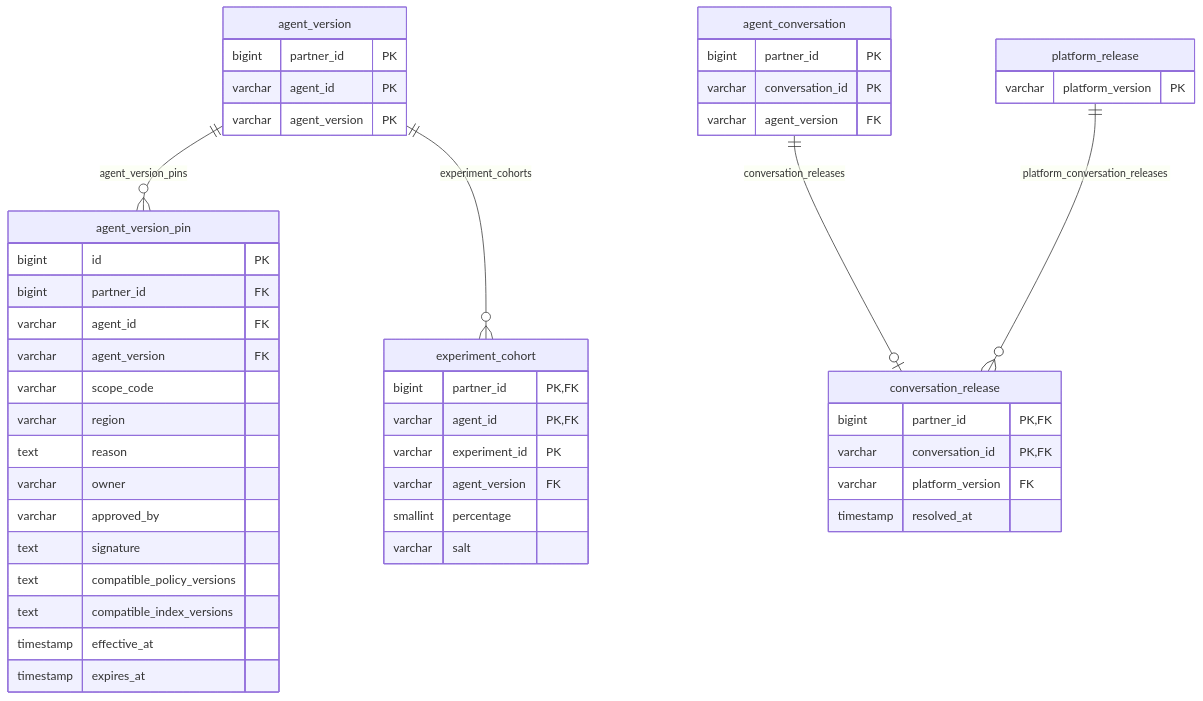
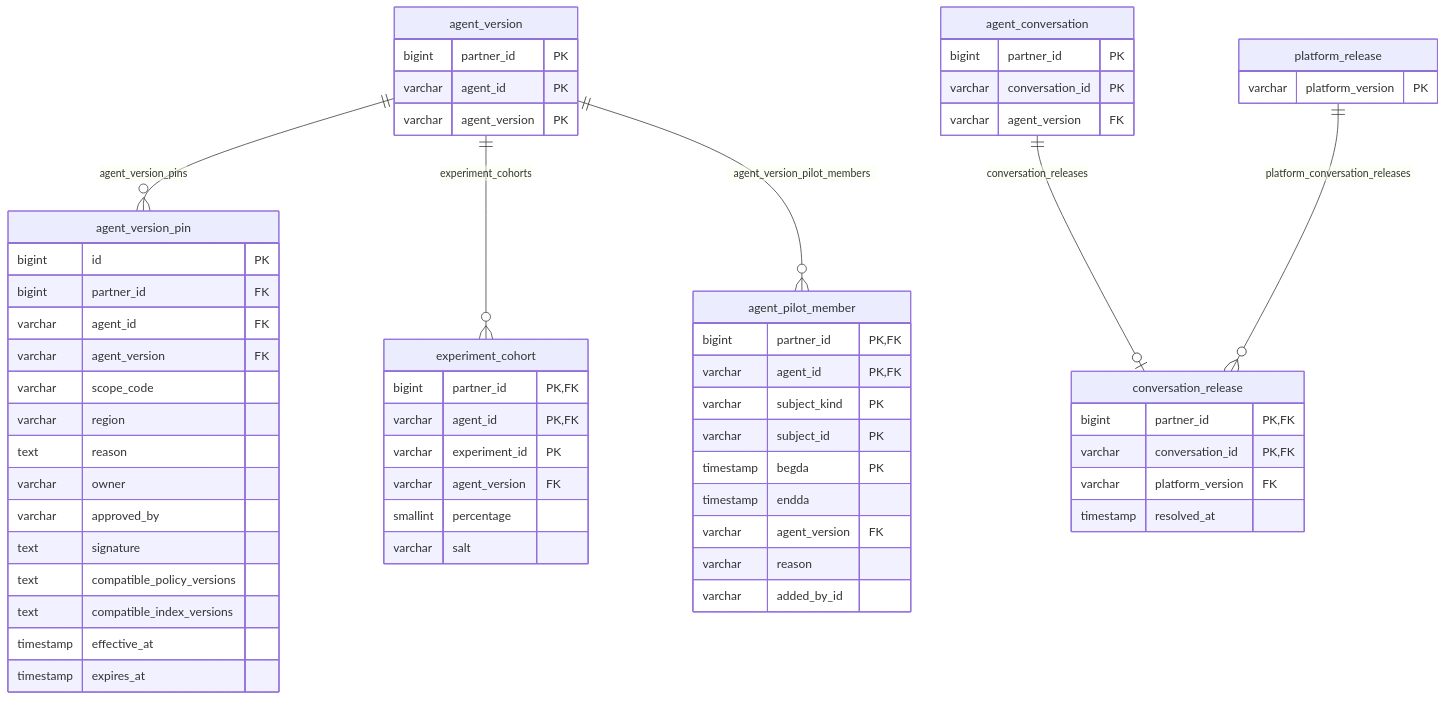
Before and after one commit to nauticana/scout: diagram 18 of 19 in doc/database.md, drawn with Mermaid. The commit also changed other lines of this file and 243 other files, not shown here.

````diff
--- a/doc/database.md
+++ b/doc/database.md
@@ -1583,51 +1750,63 @@
 ```mermaid
 erDiagram
     agent_version ||--o{ agent_version_pin : agent_version_pins
     agent_version ||--o{ experiment_cohort : experiment_cohorts
+    agent_version ||--o{ agent_pilot_member : agent_version_pilot_members
     agent_conversation ||--o| conversation_release : conversation_releases
     platform_release ||--o{ conversation_release : platform_conversation_releases
 
     agent_version {
         bigint partner_id PK
         varchar agent_id PK
         varchar agent_version PK
     }
     agent_conversation {
         bigint partner_id PK
         varchar conversation_id PK
         varchar agent_version FK
     }
     platform_release {
         varchar platform_version PK
     }
     agent_version_pin {
         bigint id PK
         bigint partner_id FK
         varchar agent_id FK
         varchar agent_version FK
         varchar scope_code
         varchar region
         text reason
         varchar owner
         varchar approved_by
         text signature
         text compatible_policy_versions
         text compatible_index_versions
         timestamp effective_at
         timestamp expires_at
     }
     experiment_cohort {
         bigint partner_id PK,FK
         varchar agent_id PK,FK
         varchar experiment_id PK
         varchar agent_version FK
         smallint percentage
         varchar salt
     }
+    agent_pilot_member {
+        bigint partner_id PK,FK
+        varchar agent_id PK,FK
+        varchar subject_kind PK
+        varchar subject_id PK
+        timestamp begda PK
+        timestamp endda
+        varchar agent_version FK
+        varchar reason
+        varchar added_by_id
+    }
     conversation_release {
         bigint partner_id PK,FK
         varchar conversation_id PK,FK
         varchar platform_version FK
         timestamp resolved_at
     }
 ```
````
